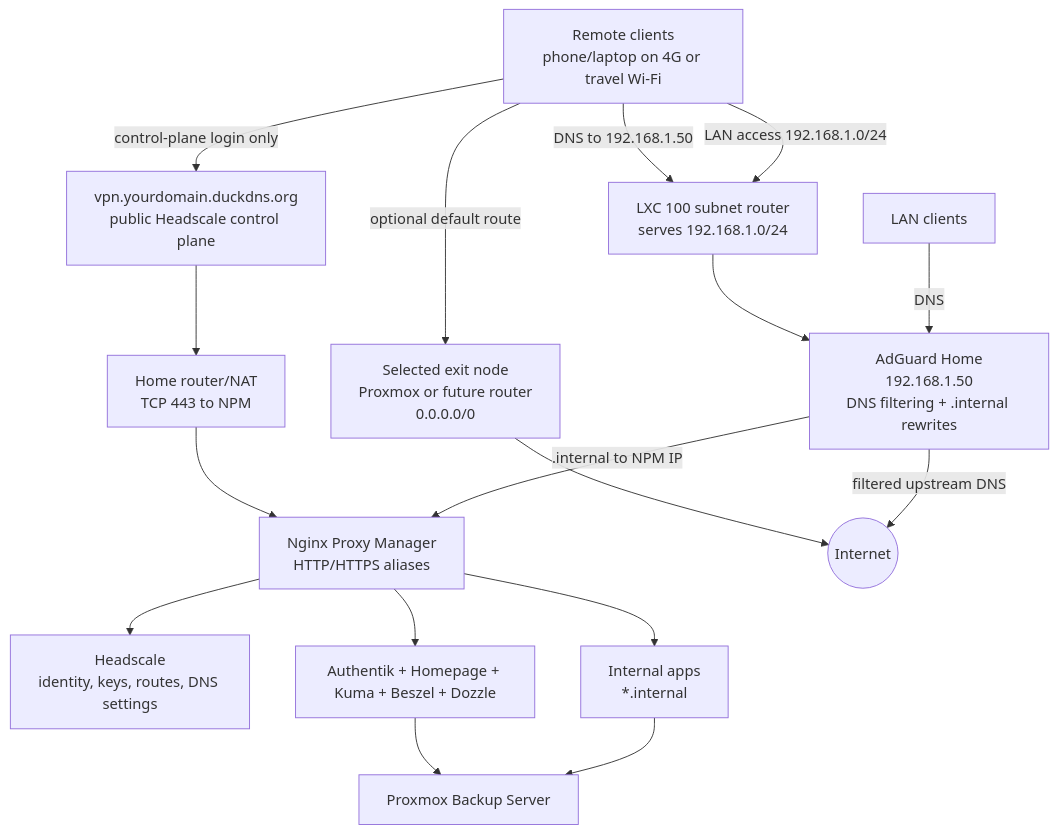
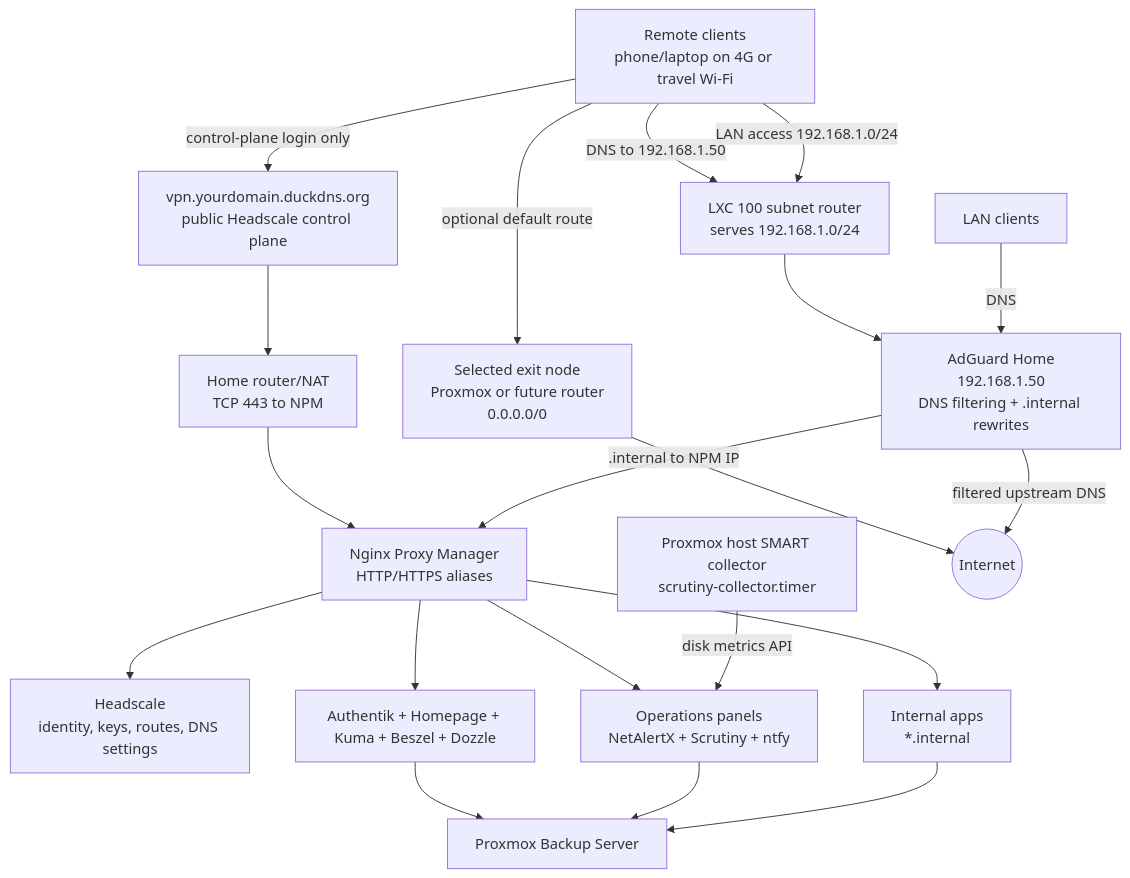
One commit to Mohamed-DN/Sovereign-Homelab changed the diagram in README.md. Above: the diagram before and after it, drawn with Mermaid. The commit also changed other lines of this file and 20 other files, not shown here.

````diff
--- a/README.md
+++ b/README.md
@@ -48,29 +50,34 @@
 ```mermaid
 flowchart TD
     Remote["Remote clients\nphone/laptop on 4G or travel Wi-Fi"]
     LAN["LAN clients"]
     PublicVPN["vpn.yourdomain.duckdns.org\npublic Headscale control plane"]
     RouterNAT["Home router/NAT\nTCP 443 to NPM"]
     HS["Headscale\nidentity, keys, routes, DNS settings"]
     Subnet["LXC 100 subnet router\nserves 192.168.1.0/24"]
     Exit["Selected exit node\nProxmox or future router\n0.0.0.0/0"]
     AGH["AdGuard Home\n192.168.1.50\nDNS filtering + .internal rewrites"]
     NPM["Nginx Proxy Manager\nHTTP/HTTPS aliases"]
     Platform["Authentik + Homepage + Kuma + Beszel + Dozzle"]
+    Ops["Operations panels\nNetAlertX + Scrutiny + ntfy"]
     Apps["Internal apps\n*.internal"]
+    Smart["Proxmox host SMART collector\nscrutiny-collector.timer"]
     PBS["Proxmox Backup Server"]
     Internet(("Internet"))
 
     Remote -->|control-plane login only| PublicVPN --> RouterNAT --> NPM --> HS
     Remote -->|DNS to 192.168.1.50| Subnet --> AGH
     Remote -->|LAN access 192.168.1.0/24| Subnet
     Remote -->|optional default route| Exit --> Internet
 
     LAN -->|DNS| AGH
     AGH -->|filtered upstream DNS| Internet
     AGH -->|.internal to NPM IP| NPM
     NPM --> Platform
+    NPM --> Ops
     NPM --> Apps
+    Smart -->|disk metrics API| Ops
     Platform --> PBS
+    Ops --> PBS
     Apps --> PBS
 ```
````
